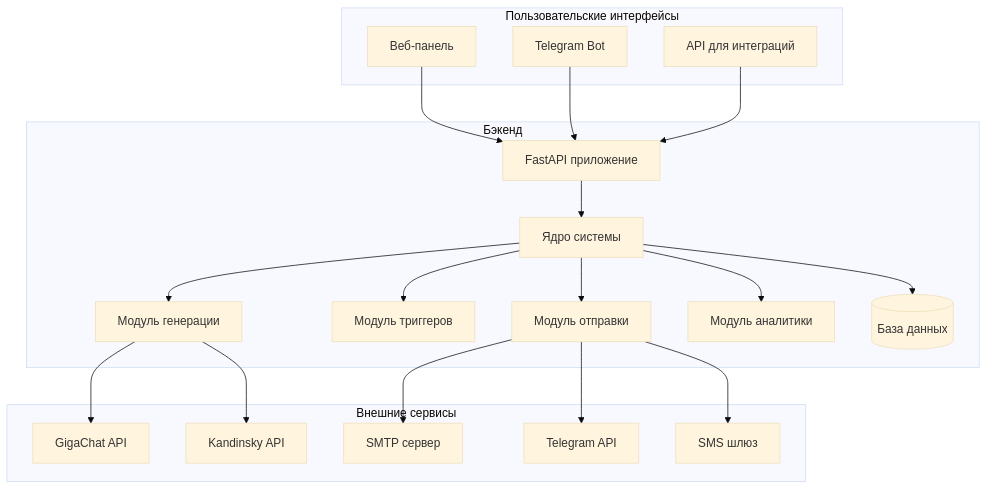
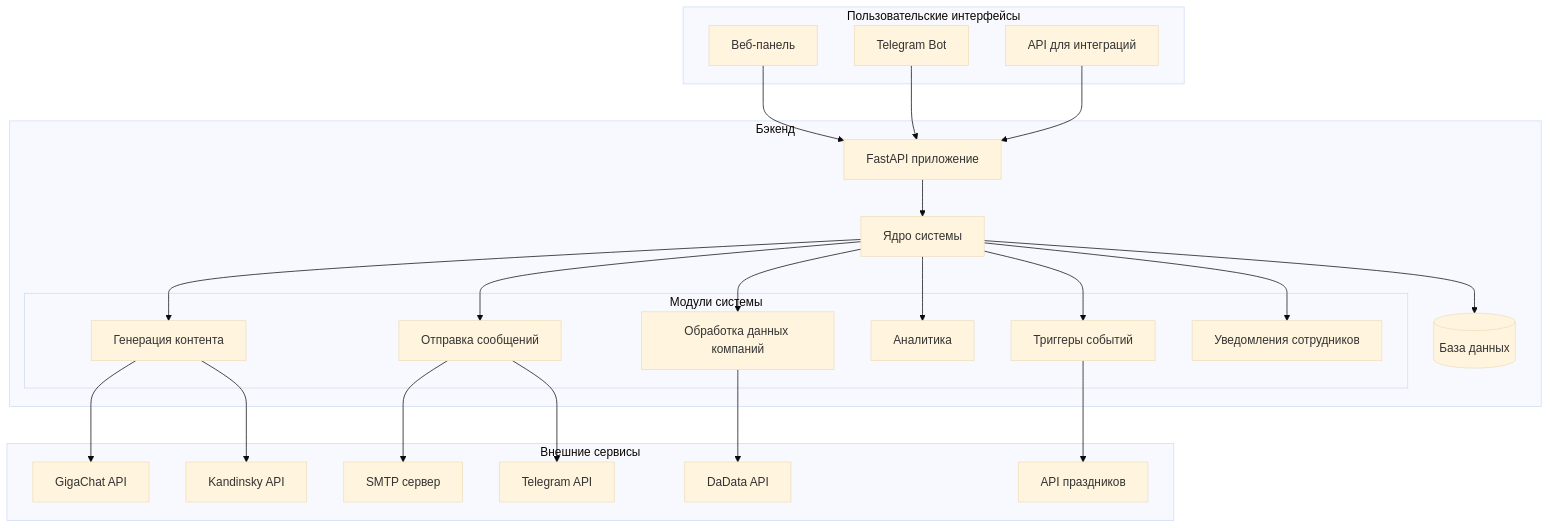
The diagram in README.md (Vexen100/sber_congratulations_agent), drawn with Mermaid (base theme) before and after one commit. The commit also changed other lines of this file, not shown here.

````diff
--- a/README.md
+++ b/README.md
@@ -33,43 +36,53 @@
 ```mermaid
 graph TB
     subgraph "Пользовательские интерфейсы"
         WEB[Веб-панель]
         TG[Telegram Bot]
         API[API для интеграций]
     end
 
     subgraph "Бэкенд"
         FASTAPI[FastAPI приложение]
         CORE[Ядро системы]
-        MOD_GEN[Модуль генерации]
-        MOD_TRIG[Модуль триггеров]
-        MOD_SEND[Модуль отправки]
-        MOD_ANAL[Модуль аналитики]
+        
+        subgraph "Модули системы"
+            MOD_TRIG[Триггеры событий]
+            MOD_GEN[Генерация контента]
+            MOD_SEND[Отправка сообщений]
+            MOD_ANAL[Аналитика]
+            MOD_DATA[Обработка данных компаний]
+            MOD_NOTIFY[Уведомления сотрудников]
+        end
+        
         DB[(База данных)]
     end
 
     subgraph "Внешние сервисы"
         GIGA[GigaChat API]
         KAND[Kandinsky API]
         SMTP[SMTP сервер]
         TG_API[Telegram API]
-        SMS_API[SMS шлюз]
+        DADATA[DaData API]
+        HOLIDAY_API[API праздников]
     end
 
     WEB --> FASTAPI
     TG --> FASTAPI
     API --> FASTAPI
 
     FASTAPI --> CORE
+    CORE --> MOD_TRIG
     CORE --> MOD_GEN
-    CORE --> MOD_TRIG
     CORE --> MOD_SEND
     CORE --> MOD_ANAL
+    CORE --> MOD_DATA
+    CORE --> MOD_NOTIFY
     CORE --> DB
 
     MOD_GEN --> GIGA
     MOD_GEN --> KAND
     MOD_SEND --> SMTP
     MOD_SEND --> TG_API
-    MOD_SEND --> SMS_API
+    MOD_DATA --> DADATA
+    MOD_TRIG --> HOLIDAY_API
 ```
````
